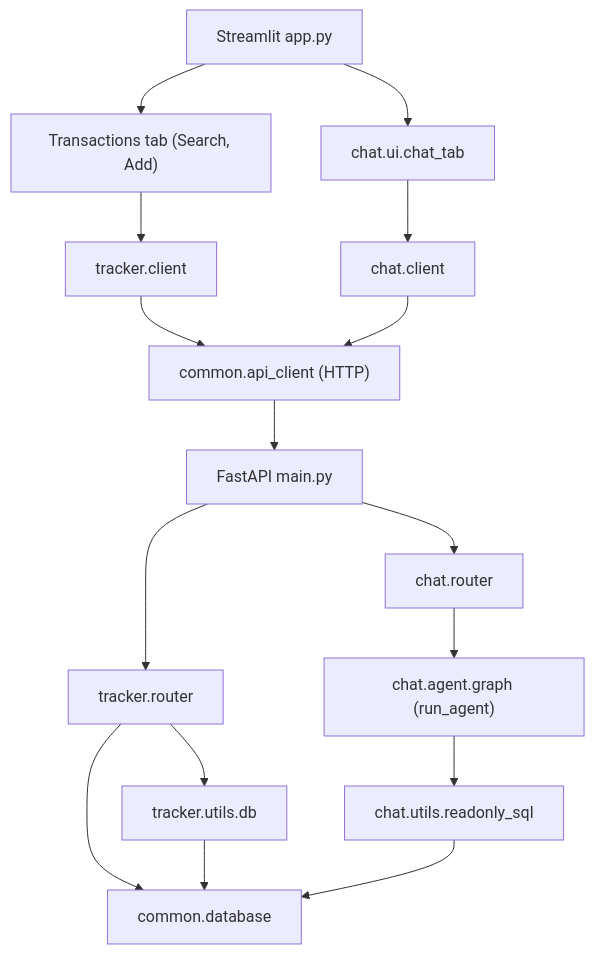
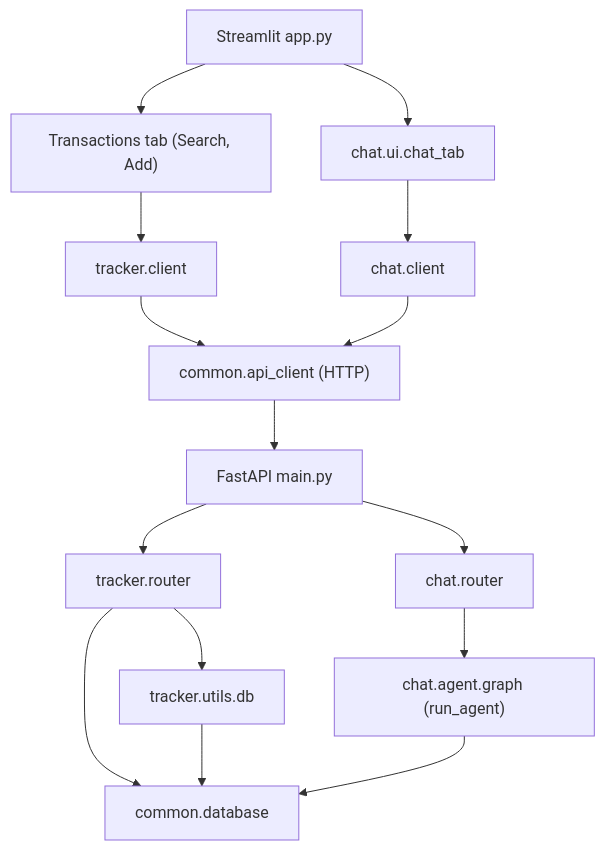
The diagram in ARCHITECTURE.md (reddybharat/parsel), drawn with Mermaid before and after one commit. The commit also changed other lines of this file and 1 other file, not shown here.

````diff
--- a/ARCHITECTURE.md
+++ b/ARCHITECTURE.md
@@ -64,18 +65,17 @@
 ```mermaid
 flowchart TD
   streamlitApp["Streamlit app.py"] --> trackerUI["Transactions tab (Search, Add)"]
   streamlitApp --> chatUI["chat.ui.chat_tab"]
   trackerUI --> trackerClient["tracker.client"]
   chatUI --> chatClient["chat.client"]
   trackerClient --> apiClient["common.api_client (HTTP)"]
   chatClient --> apiClient
   apiClient --> mainApp["FastAPI main.py"]
   mainApp --> trackerRouter["tracker.router"]
   mainApp --> chatRouter["chat.router"]
   trackerRouter --> commonDB["common.database"]
   trackerRouter --> trackerDb["tracker.utils.db"]
   trackerDb --> commonDB
   chatRouter --> chatAgent["chat.agent.graph (run_agent)"]
-  chatAgent --> chatReadonly["chat.utils.readonly_sql"]
-  chatReadonly --> commonDB
+  chatAgent --> commonDB
 ```
````
